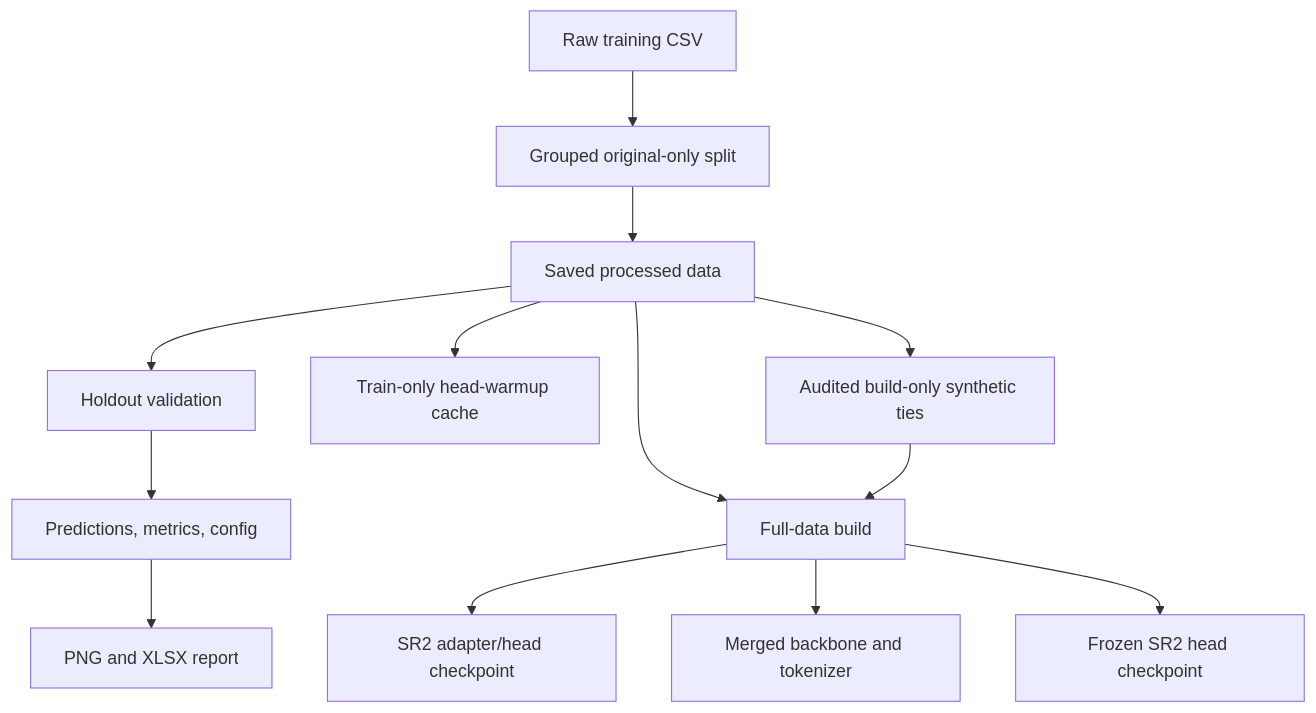
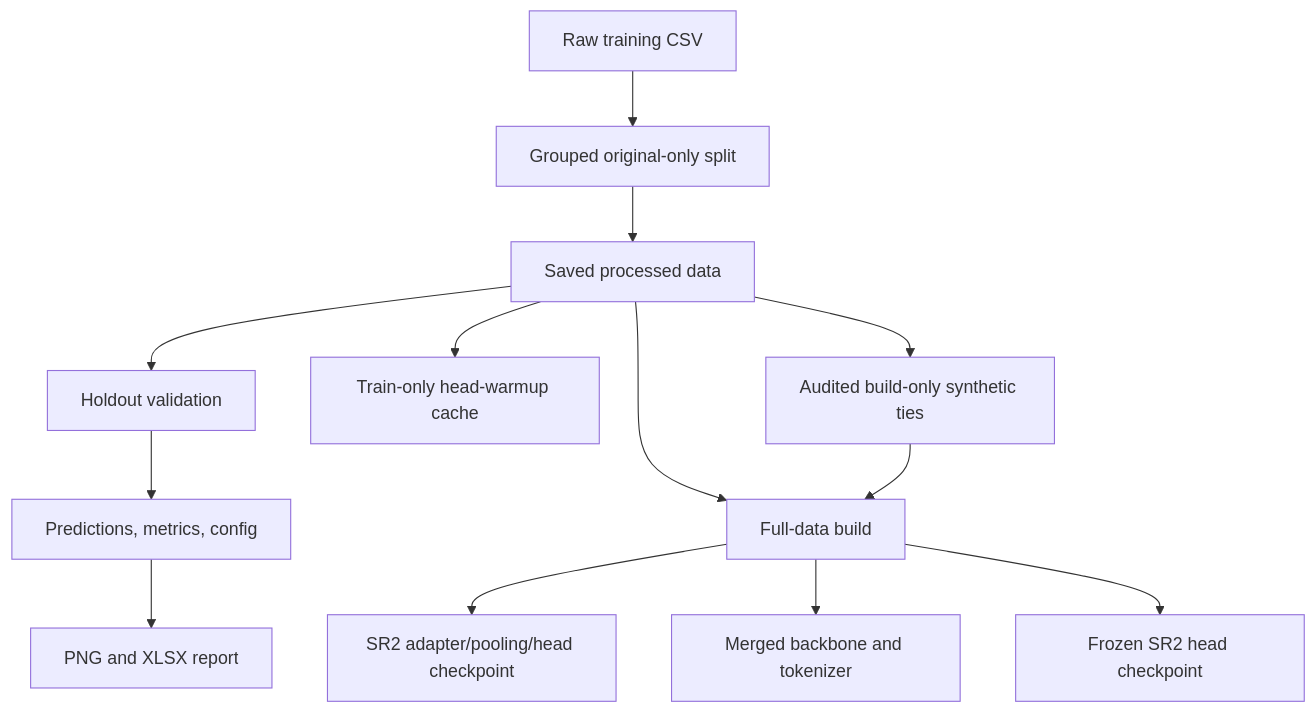
One commit to 7evenDeadlySins/llm-classification-finetuning changed the diagram in structure.md. Above: the diagram before and after it, drawn with Mermaid. The commit also changed other lines of this file and 20 other files, not shown here.

````diff
--- a/structure.md
+++ b/structure.md
@@ -26,15 +26,15 @@
 ```mermaid
 flowchart TD
     Raw["Raw training CSV"] --> Prep["Grouped original-only split"]
     Prep --> Data["Saved processed data"]
     Data --> Validate["Holdout validation"]
     Data --> Warmup["Train-only head-warmup cache"]
     Data --> Build["Full-data build"]
     Data --> Synthetic["Audited build-only synthetic ties"]
     Synthetic --> Build
     Validate --> Run["Predictions, metrics, config"]
     Run --> Report["PNG and XLSX report"]
-    Build --> Checkpoint["SR2 adapter/head checkpoint"]
+    Build --> Checkpoint["SR2 adapter/pooling/head checkpoint"]
     Build --> Merged["Merged backbone and tokenizer"]
     Build --> Head["Frozen SR2 head checkpoint"]
 ```
````
